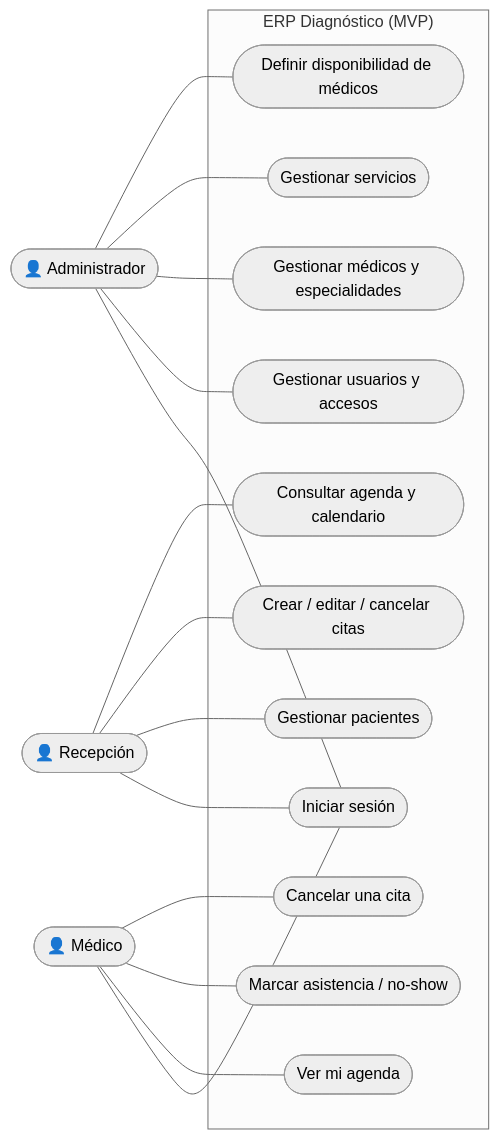
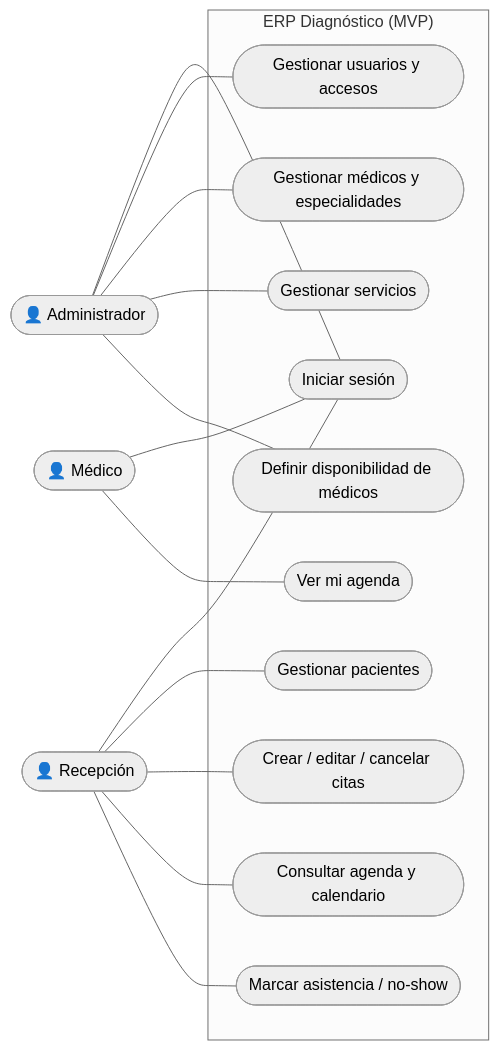
The diagram in docs/CASOS-DE-USO.md (DhanaCorredor/diagnostico-backend), drawn with Mermaid (neutral theme) before and after one commit. The commit also changed other lines of this file and 7 other files, not shown here.

````diff
--- a/docs/CASOS-DE-USO.md
+++ b/docs/CASOS-DE-USO.md
@@ -7,37 +7,35 @@
 ```mermaid
 flowchart LR
     admin(["👤 Administrador"])
     recep(["👤 Recepción"])
     medico(["👤 Médico"])
 
     subgraph SIS["ERP Diagnóstico (MVP)"]
         login(["Iniciar sesión"])
         uUsuarios(["Gestionar usuarios y accesos"])
         uMedicos(["Gestionar médicos y especialidades"])
         uServicios(["Gestionar servicios"])
         uDisp(["Definir disponibilidad de médicos"])
         uPacientes(["Gestionar pacientes"])
         uCitas(["Crear / editar / cancelar citas"])
         uAgenda(["Consultar agenda y calendario"])
         uMiAgenda(["Ver mi agenda"])
         uAsistencia(["Marcar asistencia / no-show"])
-        uCancelarMed(["Cancelar una cita"])
     end
 
     admin --- login
     recep --- login
     medico --- login
 
     admin --- uUsuarios
     admin --- uMedicos
     admin --- uServicios
     admin --- uDisp
 
     recep --- uPacientes
     recep --- uCitas
     recep --- uAgenda
+    recep --- uAsistencia
 
     medico --- uMiAgenda
-    medico --- uAsistencia
-    medico --- uCancelarMed
 ```
````
